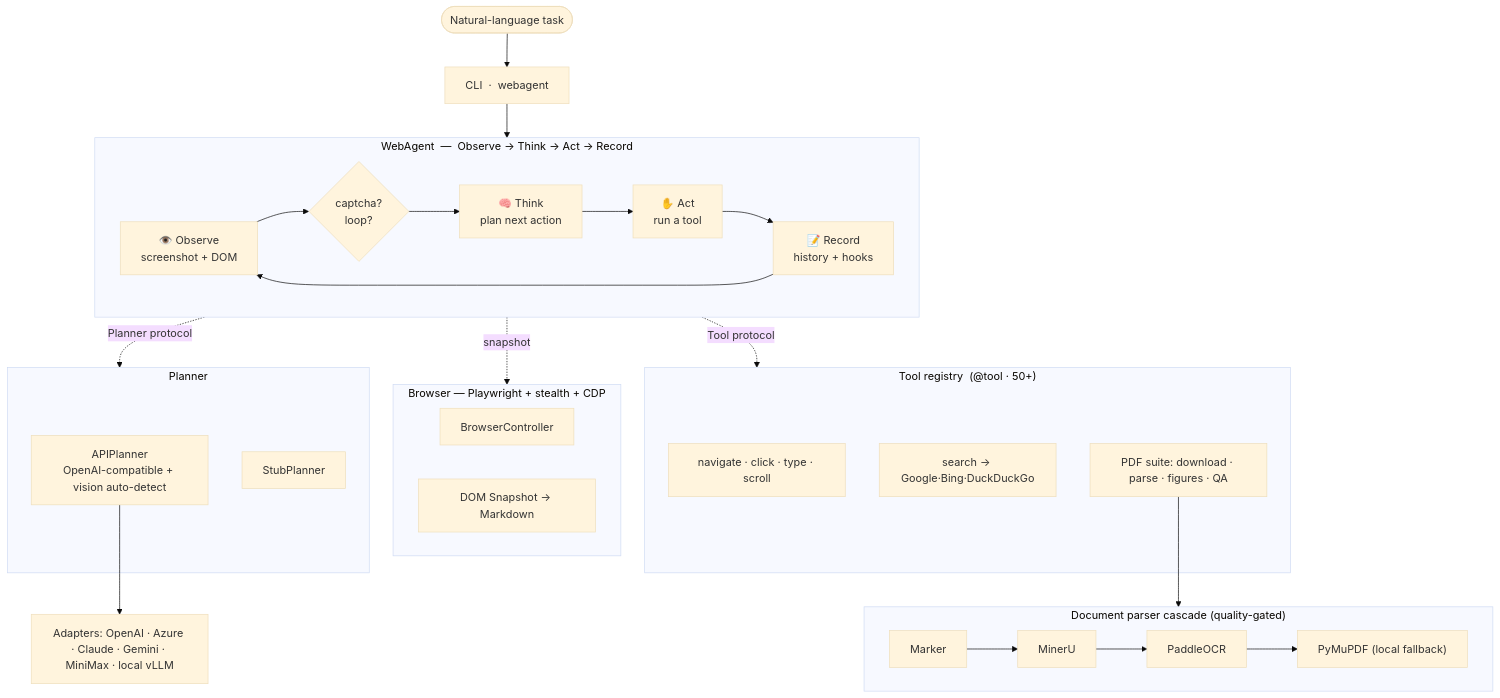
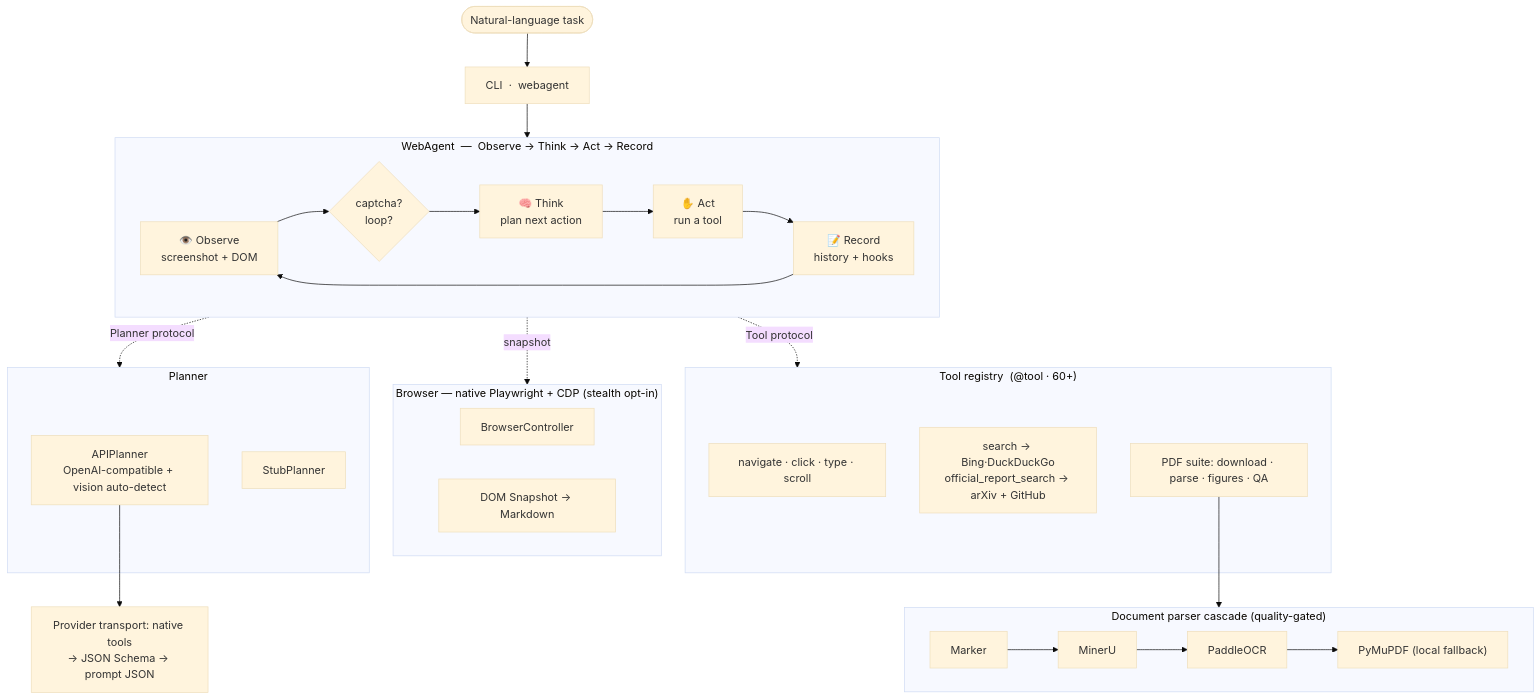
One commit to lixiuyin/web-agent changed the first of 3 diagrams in README.md. Above: the diagram before and after it, drawn with Mermaid (base theme). The commit also changed other lines of this file and 275 other files, not shown here.

````diff
--- a/README.md
+++ b/README.md
@@ -48,41 +49,41 @@
 ```mermaid
 flowchart TB
     User([Natural-language task]) --> CLI["CLI &nbsp;·&nbsp; webagent"]
     CLI --> Loop
 
     subgraph Loop["WebAgent &nbsp;—&nbsp; Observe → Think → Act → Record"]
         direction LR
         OBS["👁️ Observe<br/>screenshot + DOM"] --> GUARD{"captcha?<br/>loop?"}
         GUARD --> THINK["🧠 Think<br/>plan next action"]
         THINK --> ACT["✋ Act<br/>run a tool"]
         ACT --> REC["📝 Record<br/>history + hooks"]
         REC --> OBS
     end
 
     THINK -.->|Planner protocol| PLAN
     ACT -.->|Tool protocol| TOOLS
     OBS -.->|snapshot| BROWSER
 
     subgraph PLAN["Planner"]
         APIP["APIPlanner<br/>OpenAI-compatible + vision auto-detect"]
         STUB["StubPlanner"]
     end
-    APIP --> ADP["Adapters: OpenAI · Azure · Claude · Gemini · MiniMax · local vLLM"]
+    APIP --> ADP["Provider transport: native tools<br/>→ JSON Schema → prompt JSON"]
 
-    subgraph BROWSER["Browser — Playwright + stealth + CDP"]
+    subgraph BROWSER["Browser — native Playwright + CDP (stealth opt-in)"]
         CTRL["BrowserController"]
         SNAP["DOM Snapshot → Markdown"]
     end
 
-    subgraph TOOLS["Tool registry &nbsp;(@tool · 50+)"]
+    subgraph TOOLS["Tool registry &nbsp;(@tool · 60+)"]
         NAV["navigate · click · type · scroll"]
-        SRCH["search → Google·Bing·DuckDuckGo"]
+        SRCH["search → Bing·DuckDuckGo<br/>official_report_search → arXiv + GitHub"]
         DOC["PDF suite: download · parse · figures · QA"]
     end
 
     DOC --> PARSER
     subgraph PARSER["Document parser cascade (quality-gated)"]
         direction LR
         MK["Marker"] --> MU["MinerU"] --> PD["PaddleOCR"] --> PM["PyMuPDF (local fallback)"]
     end
 ```
````
